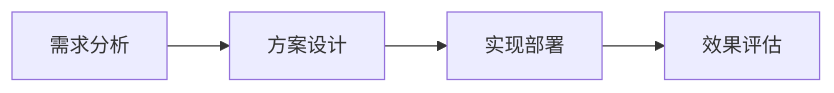
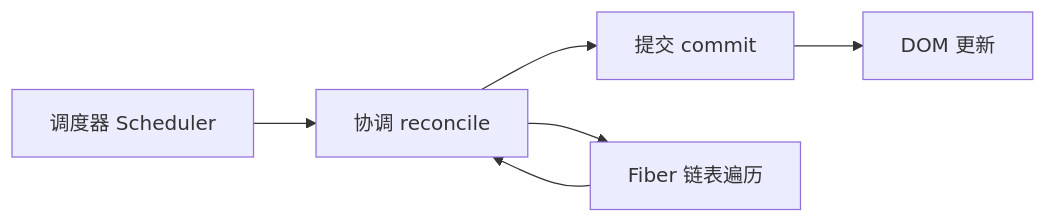
The diagram in articles/React/chapters/010-React基础的实战案例分析.md (yanggan2015/knowledge-json-v2), drawn with Mermaid before and after one commit. The commit also changed other lines of this file and 10127 other files, not shown here.

````diff
--- a/articles/React/chapters/010-React基础的实战案例分析.md
+++ b/articles/React/chapters/010-React基础的实战案例分析.md
@@ -45,10 +34,8 @@
 ```mermaid
 flowchart LR
-    S0[需求分析]
-    S1[方案设计]
-    S2[实现部署]
-    S3[效果评估]
-    S0 --> S1
-    S1 --> S2
-    S2 --> S3
+    A[调度器 Scheduler] --> B[协调 reconcile]
+    B --> C[提交 commit]
+    C --> D[DOM 更新]
+    B --> E[Fiber 链表遍历]
+    E --> B
 ```
````
